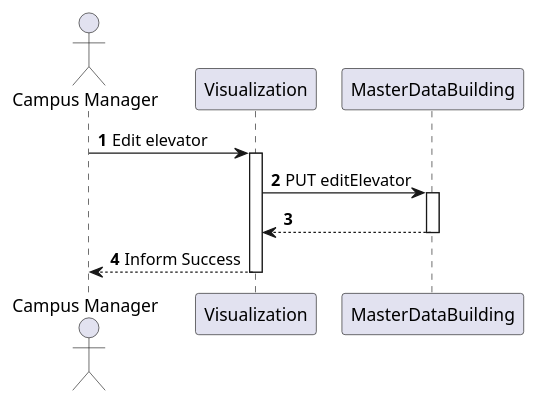
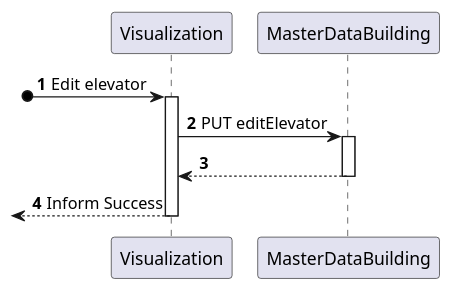
The diagram in docs/US_280/Diagrams/Level2/ProcessView.puml (Pedro-Pereira1/sem5pi_23_24_g056), drawn with PlantUML before and after one commit. The commit also changed 14 other files, not shown here.

Commit message:
Fixed error in all process view level 2 diagrams

```diff
--- a/docs/US_280/Diagrams/Level2/ProcessView.puml
+++ b/docs/US_280/Diagrams/Level2/ProcessView.puml
@@ -1,20 +1,20 @@
 @startuml
 
 autonumber
-actor "Campus Manager" as CM
+
 participant Visualization
 participant "MasterDataBuilding" as GI
 
-CM -> Visualization: Edit elevator
+?o-> Visualization: Edit elevator
 activate Visualization
 
 Visualization -> GI: PUT editElevator
 activate GI
 GI --> Visualization: 
 deactivate GI
 
-CM <-- Visualization: Inform Success
+<-- Visualization: Inform Success
 deactivate Visualization
 
 
 @enduml
```
